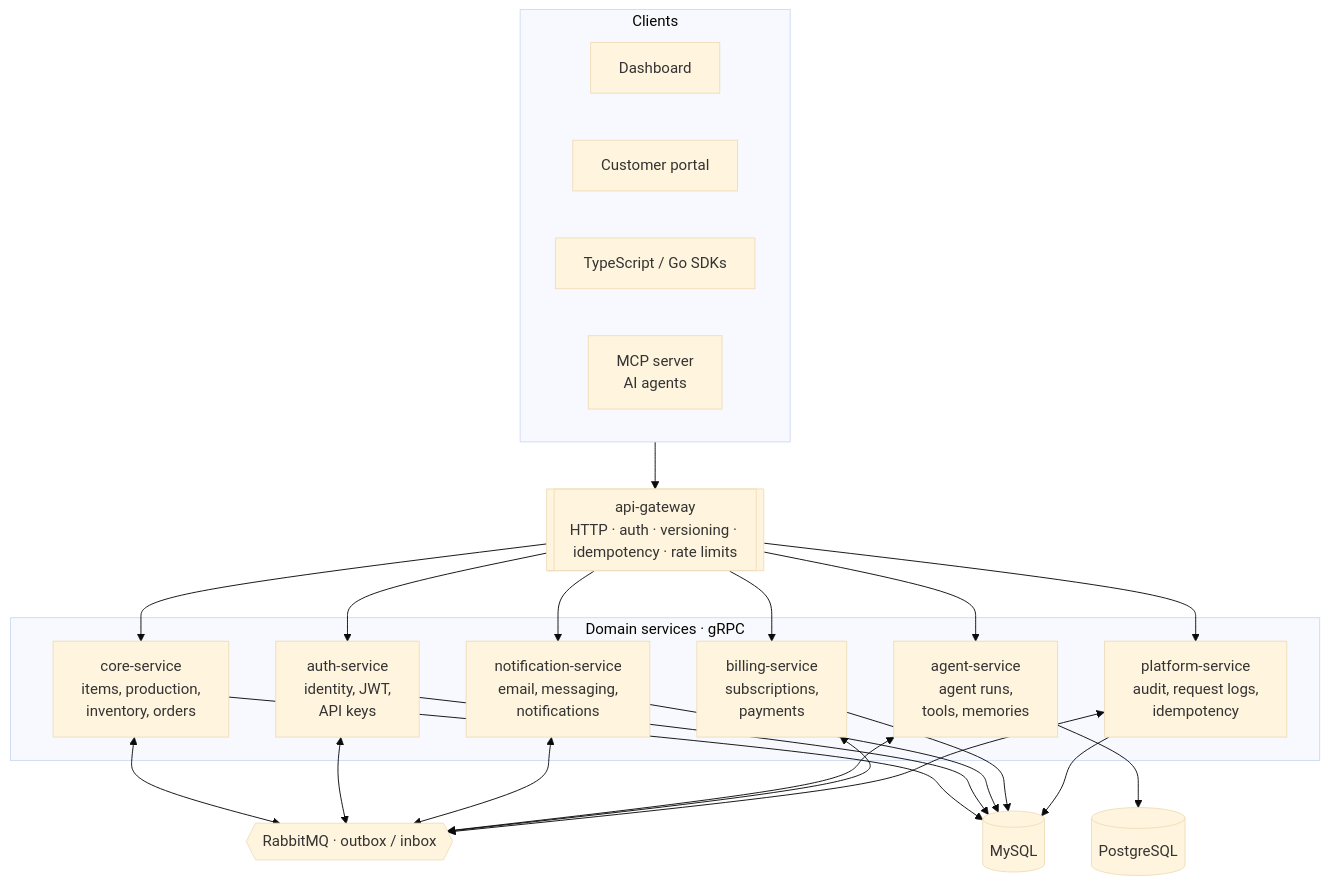
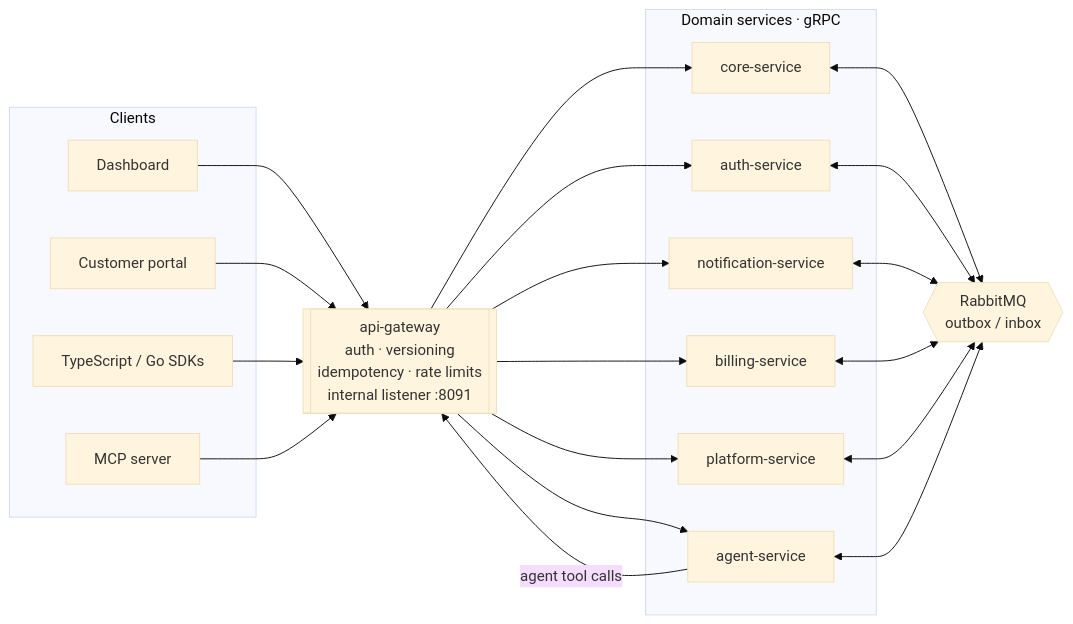
Before and after one commit to open-mrp/api: the diagram in README.md, drawn with Mermaid (base theme). The commit also changed other lines of this file and 4 other files, not shown here.

````diff
--- a/README.md
+++ b/README.md
@@ -66,30 +64,27 @@
 ```mermaid
-flowchart TB
+flowchart LR
     subgraph clients [Clients]
         DASH[Dashboard]
         PORTAL[Customer portal]
         SDK["TypeScript / Go SDKs"]
-        MCP["MCP server<br/>AI agents"]
+        MCP[MCP server]
     end
 
-    GW[["api-gateway<br/>HTTP · auth · versioning · idempotency · rate limits"]]
+    GW[["api-gateway<br/>auth · versioning<br/>idempotency · rate limits<br/>internal listener :8091"]]
 
     subgraph services [Domain services · gRPC]
-        CORE[core-service<br/>items, production,<br/>inventory, orders]
-        AUTH[auth-service<br/>identity, JWT,<br/>API keys]
-        NOTIF[notification-service<br/>email, messaging,<br/>notifications]
-        AGENT[agent-service<br/>agent runs,<br/>tools, memories]
-        BILL[billing-service<br/>subscriptions,<br/>payments]
-        PLAT[platform-service<br/>audit, request logs,<br/>idempotency]
+        CORE[core-service]
+        AUTH[auth-service]
+        NOTIF[notification-service]
+        BILL[billing-service]
+        PLAT[platform-service]
+        AGENT[agent-service]
     end
 
-    MQ{{"RabbitMQ · outbox / inbox"}}
-    MYSQL[(MySQL)]
-    PG[(PostgreSQL)]
+    MQ{{"RabbitMQ<br/>outbox / inbox"}}
 
-    clients --> GW
-    GW --> CORE & AUTH & NOTIF & AGENT & BILL & PLAT
-    CORE & AUTH & NOTIF & AGENT & BILL & PLAT <--> MQ
-    CORE & AUTH & NOTIF & BILL & PLAT --> MYSQL
-    AGENT --> PG
+    DASH & PORTAL & SDK & MCP --> GW
+    GW --> CORE & AUTH & NOTIF & BILL & PLAT & AGENT
+    AGENT -- "agent tool calls" --> GW
+    CORE & AUTH & NOTIF & BILL & PLAT & AGENT <--> MQ
 ```
````
